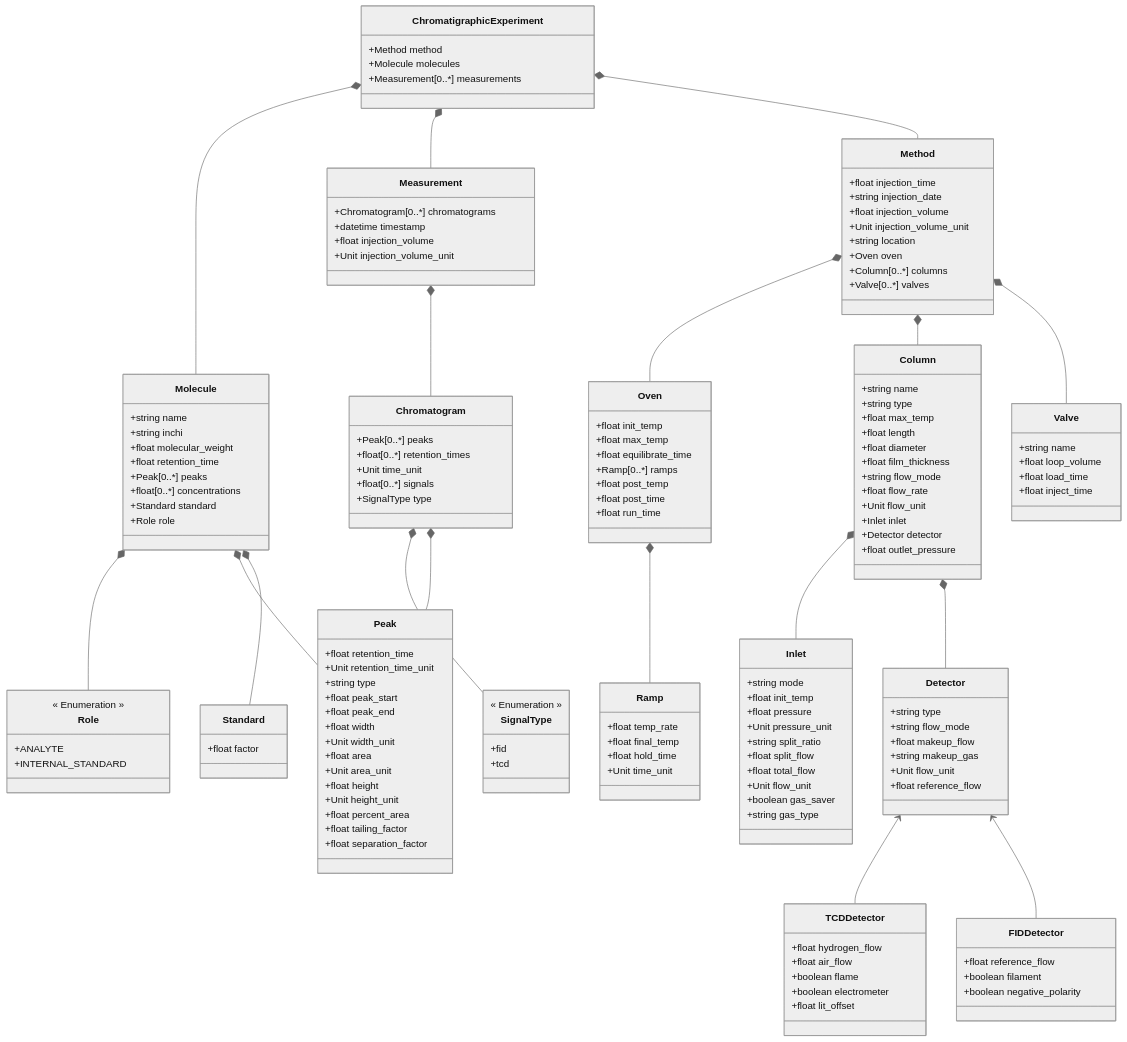
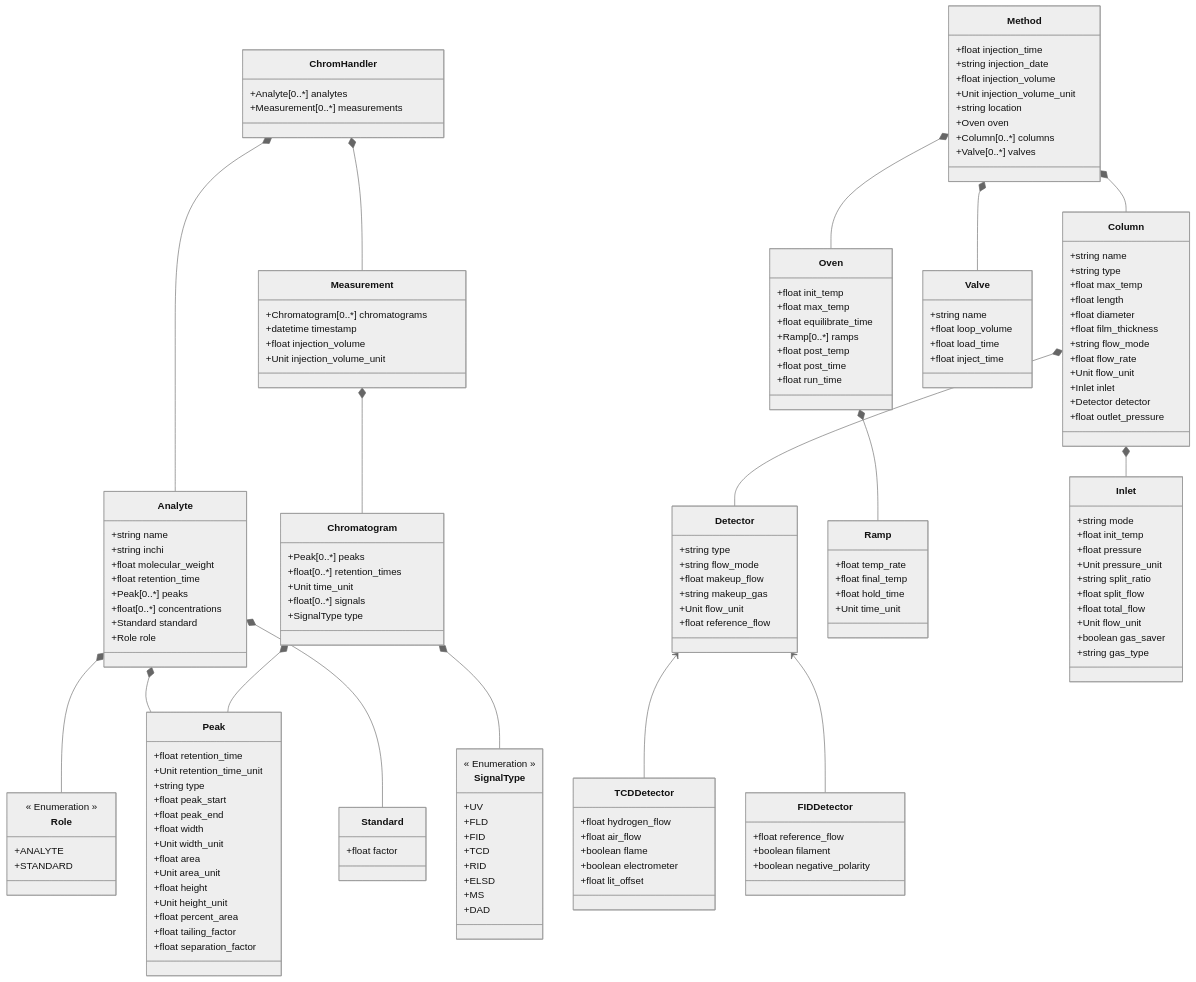
The diagram in chromatopy/schemes/chromatopy_schema.md (FAIRChemistry/chromatopy), drawn with Mermaid (neutral theme) before and after one commit. The commit also changed 18 other files, not shown here.

````diff
--- a/chromatopy/schemes/chromatopy_schema.md
+++ b/chromatopy/schemes/chromatopy_schema.md
@@ -2,12 +2,11 @@
 classDiagram
     Detector <-- TCDDetector
     Detector <-- FIDDetector
-    ChromatigraphicExperiment *-- Molecule
-    ChromatigraphicExperiment *-- Measurement
-    ChromatigraphicExperiment *-- Method
-    Molecule *-- Role
-    Molecule *-- Peak
-    Molecule *-- Standard
+    ChromHandler *-- Analyte
+    ChromHandler *-- Measurement
+    Analyte *-- Role
+    Analyte *-- Peak
+    Analyte *-- Standard
     Measurement *-- Chromatogram
     Chromatogram *-- SignalType
     Chromatogram *-- Peak
@@ -18,13 +17,12 @@
     Column *-- Inlet
     Column *-- Detector
     
-    class ChromatigraphicExperiment {
-        +Method method
-        +Molecule molecules
+    class ChromHandler {
+        +Analyte[0..*] analytes
         +Measurement[0..*] measurements
     }
     
-    class Molecule {
+    class Analyte {
         +string name
         +string inchi
         +float molecular_weight
@@ -159,14 +157,20 @@
     
     class SignalType {
         << Enumeration >>
-        +fid
-        +tcd
+        +UV
+        +FLD
+        +FID
+        +TCD
+        +RID
+        +ELSD
+        +MS
+        +DAD
     }
     
     class Role {
         << Enumeration >>
         +ANALYTE
-        +INTERNAL_STANDARD
+        +STANDARD
     }
     
 ```
````
